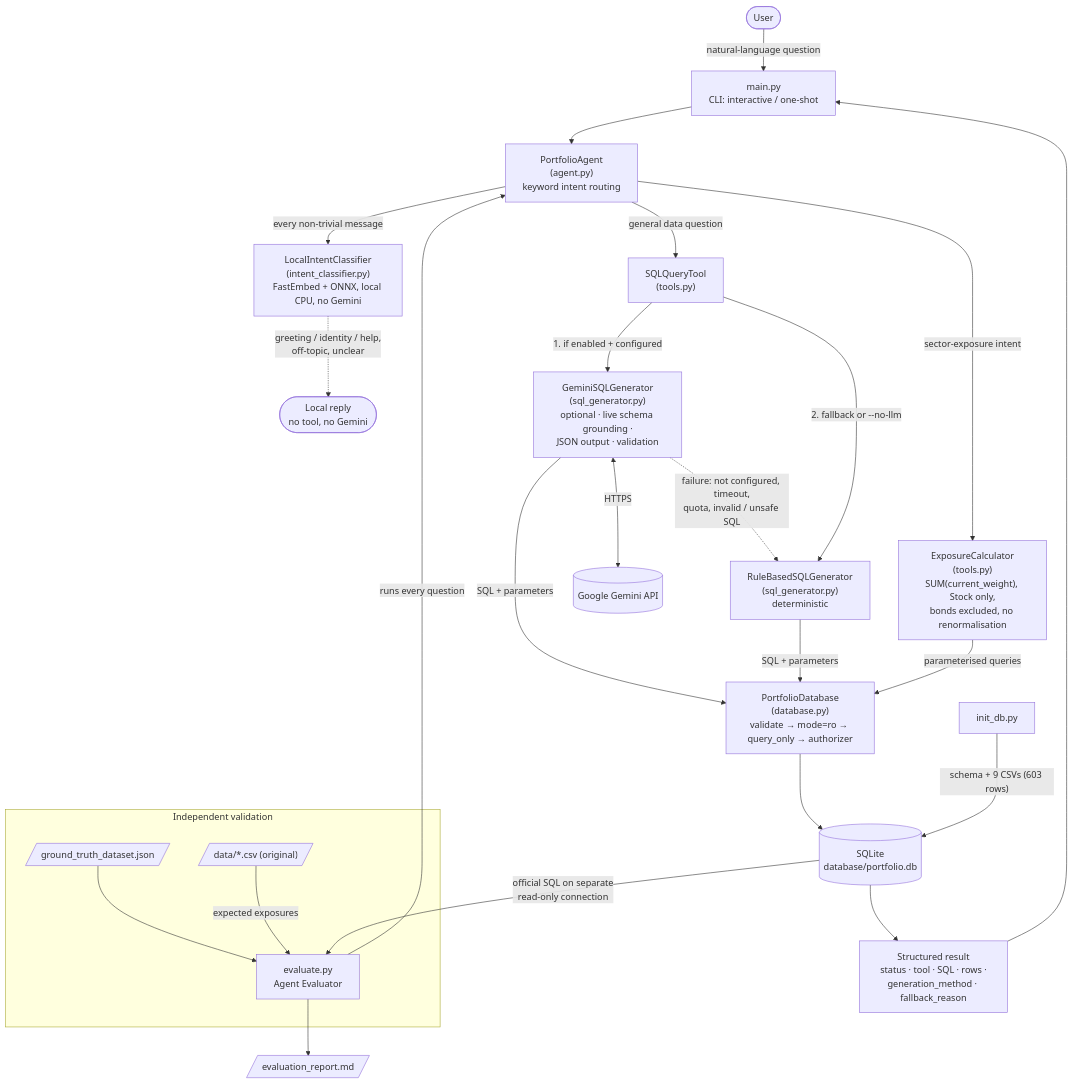
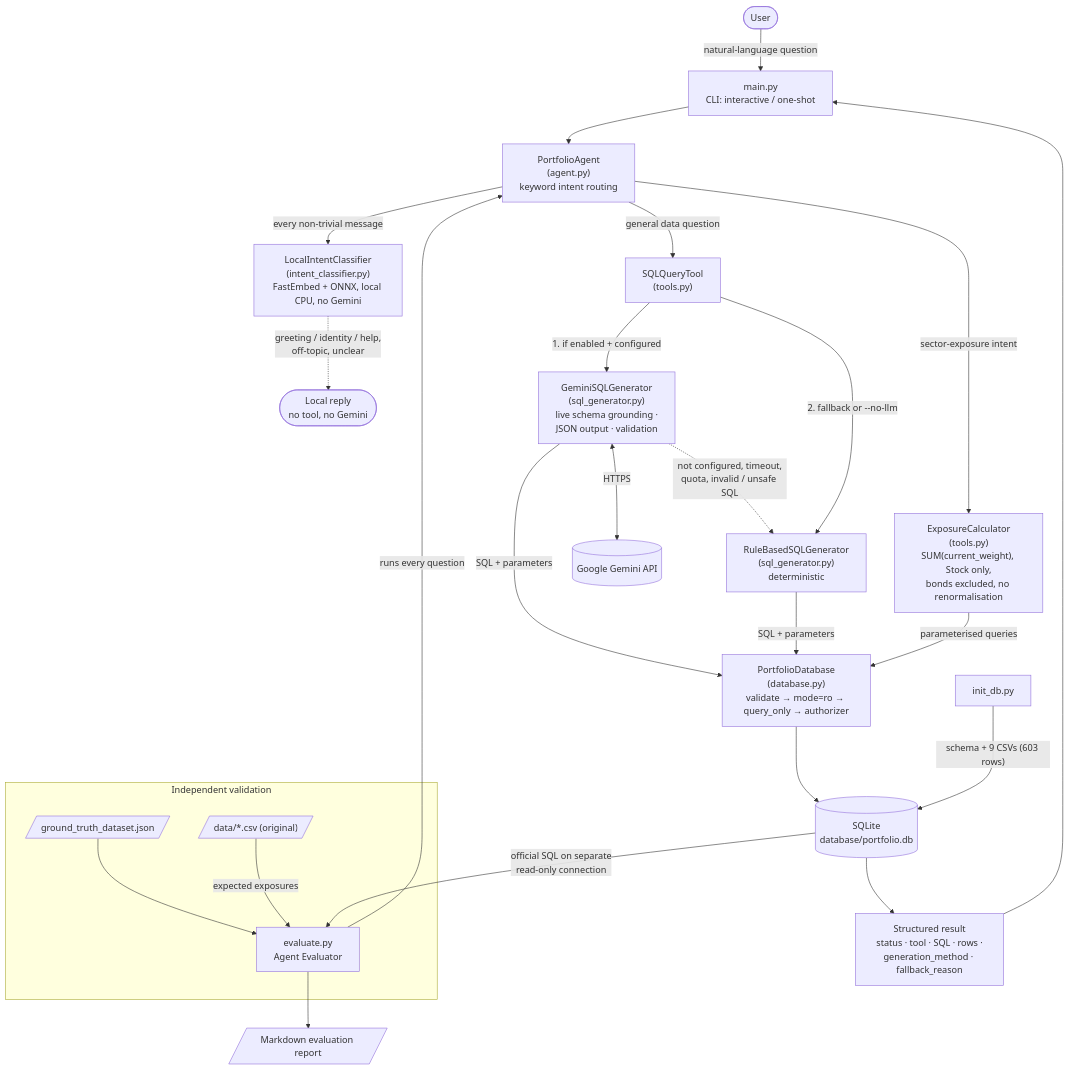
Before and after one commit to THRILL3R/pl-capital-ai-portfolio-analytics-agent: the first of 2 diagrams in README.md, drawn with Mermaid. The commit also changed other lines of this file, not shown here.

````diff
--- a/README.md
+++ b/README.md
@@ -105,36 +111,36 @@
 ```mermaid
 flowchart TD
     U([User]) -->|natural-language question| CLI["main.py<br/>CLI: interactive / one-shot"]
     CLI --> AG["PortfolioAgent<br/>(agent.py)<br/>keyword intent routing"]
     AG -->|"every non-trivial message"| IC["LocalIntentClassifier<br/>(intent_classifier.py)<br/>FastEmbed + ONNX, local CPU, no Gemini"]
     IC -.->|"greeting / identity / help,<br/>off-topic, unclear"| LOC(["Local reply<br/>no tool, no Gemini"])
 
     AG -->|sector-exposure intent| EX["ExposureCalculator<br/>(tools.py)<br/>SUM(current_weight), Stock only,<br/>bonds excluded, no renormalisation"]
     AG -->|general data question| SQ["SQLQueryTool<br/>(tools.py)"]
 
-    SQ -->|1. if enabled + configured| GM["GeminiSQLGenerator<br/>(sql_generator.py)<br/>optional · live schema grounding ·<br/>JSON output · validation"]
-    GM -.->|"failure: not configured, timeout,<br/>quota, invalid / unsafe SQL"| RB
+    SQ -->|1. if enabled + configured| GM["GeminiSQLGenerator<br/>(sql_generator.py)<br/>live schema grounding ·<br/>JSON output · validation"]
+    GM -.->|"not configured, timeout,<br/>quota, invalid / unsafe SQL"| RB
     SQ -->|2. fallback or --no-llm| RB["RuleBasedSQLGenerator<br/>(sql_generator.py)<br/>deterministic"]
     GM <-->|HTTPS| API[(Google Gemini API)]
 
     GM -->|"SQL + parameters"| DB
     RB -->|"SQL + parameters"| DB
     EX -->|parameterised queries| DB
     DB["PortfolioDatabase<br/>(database.py)<br/>validate → mode=ro → query_only → authorizer"] --> SL[("SQLite<br/>database/portfolio.db")]
 
     SL --> RES["Structured result<br/>status · tool · SQL · rows ·<br/>generation_method · fallback_reason"]
     RES --> CLI
 
     INIT["init_db.py"] -->|"schema + 9 CSVs (603 rows)"| SL
 
     subgraph VAL ["Independent validation"]
         EV["evaluate.py<br/>Agent Evaluator"]
         GT[/"ground_truth_dataset.json"/]
         CSV[/"data/*.csv (original)"/]
     end
     GT --> EV
     CSV -->|expected exposures| EV
     SL -->|"official SQL on separate<br/>read-only connection"| EV
     EV -->|runs every question| AG
-    EV --> REP[/"evaluation_report.md"/]
+    EV --> REP[/"Markdown evaluation report"/]
 ```
````
